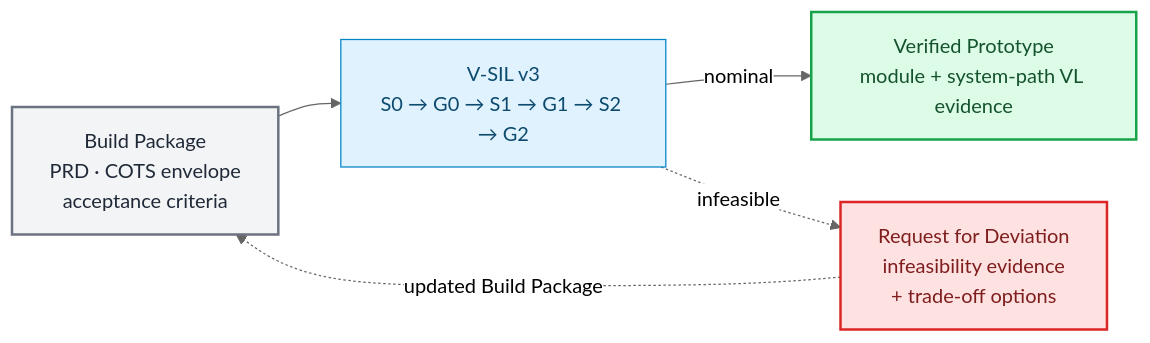
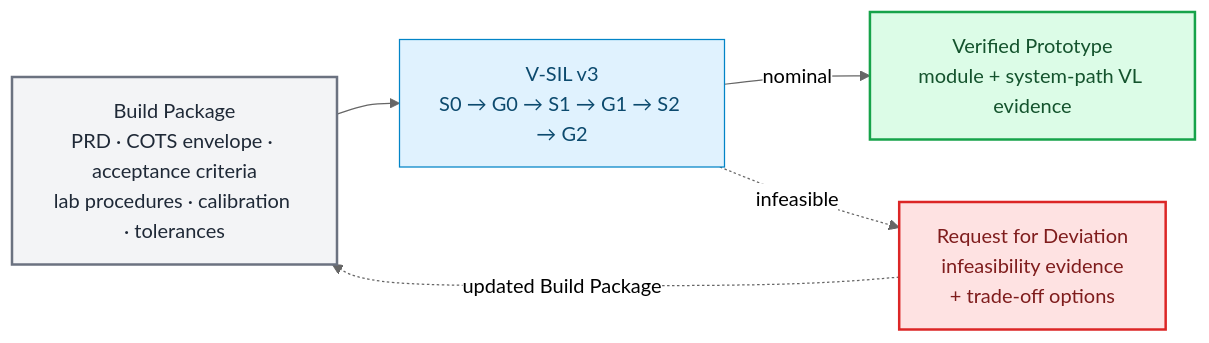
One commit to dramirezbe/codeanvil-gcpds changed the first of 11 diagrams in methodology/V-SIL-v3/V-SIL_v3.md. Above: the diagram before and after it, drawn with Mermaid (neutral theme). The commit also changed other lines of this file and 3 other files, not shown here.

````diff
--- a/methodology/V-SIL-v3/V-SIL_v3.md
+++ b/methodology/V-SIL-v3/V-SIL_v3.md
@@ -13,17 +13,17 @@
 ```mermaid
 flowchart LR
     classDef input fill:#f3f4f6,stroke:#6b7280,color:#1f2937,stroke-width:2px
     classDef vsil fill:#e0f2fe,stroke:#0284c7,color:#0c4a6e
     classDef output fill:#dcfce7,stroke:#16a34a,color:#14532d,stroke-width:2px
     classDef rfd fill:#fee2e2,stroke:#dc2626,color:#7f1d1d,stroke-width:2px
 
-    IN["Build Package<br/>PRD · COTS envelope<br/>acceptance criteria"]:::input
+    IN["Build Package<br/>PRD · COTS envelope · acceptance criteria<br/>lab procedures · calibration · tolerances"]:::input
     VSIL["V-SIL v3<br/>S0 → G0 → S1 → G1 → S2 → G2"]:::vsil
     OUT["Verified Prototype<br/>module + system-path VL evidence"]:::output
     RFD["Request for Deviation<br/>infeasibility evidence<br/>+ trade-off options"]:::rfd
 
     IN --> VSIL
     VSIL -->|nominal| OUT
     VSIL -.->|infeasible| RFD
     RFD -.->|updated Build Package| IN
 ```
````
